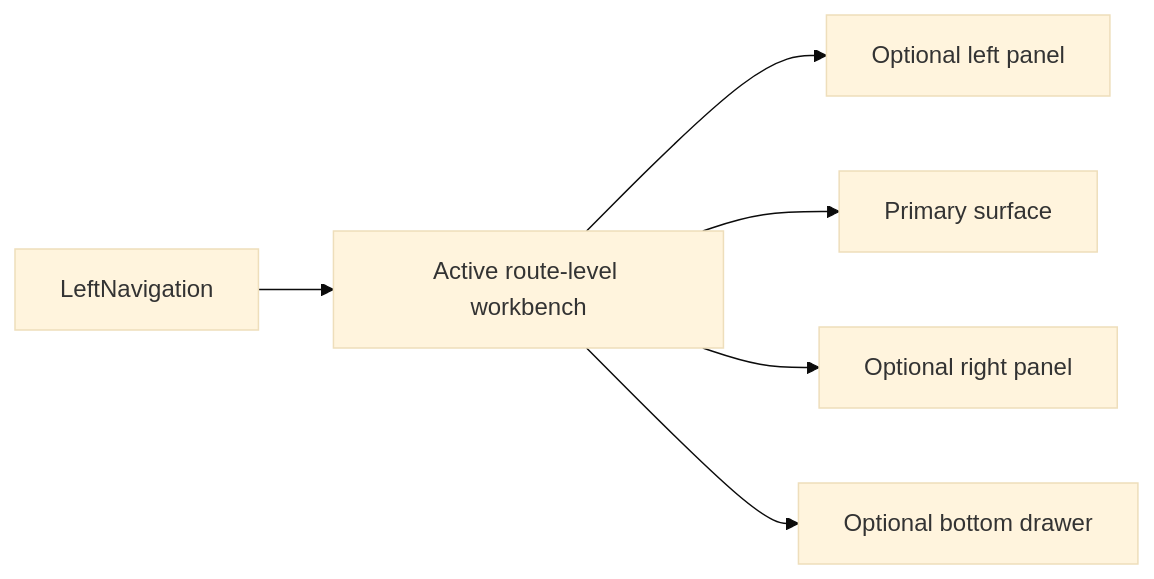
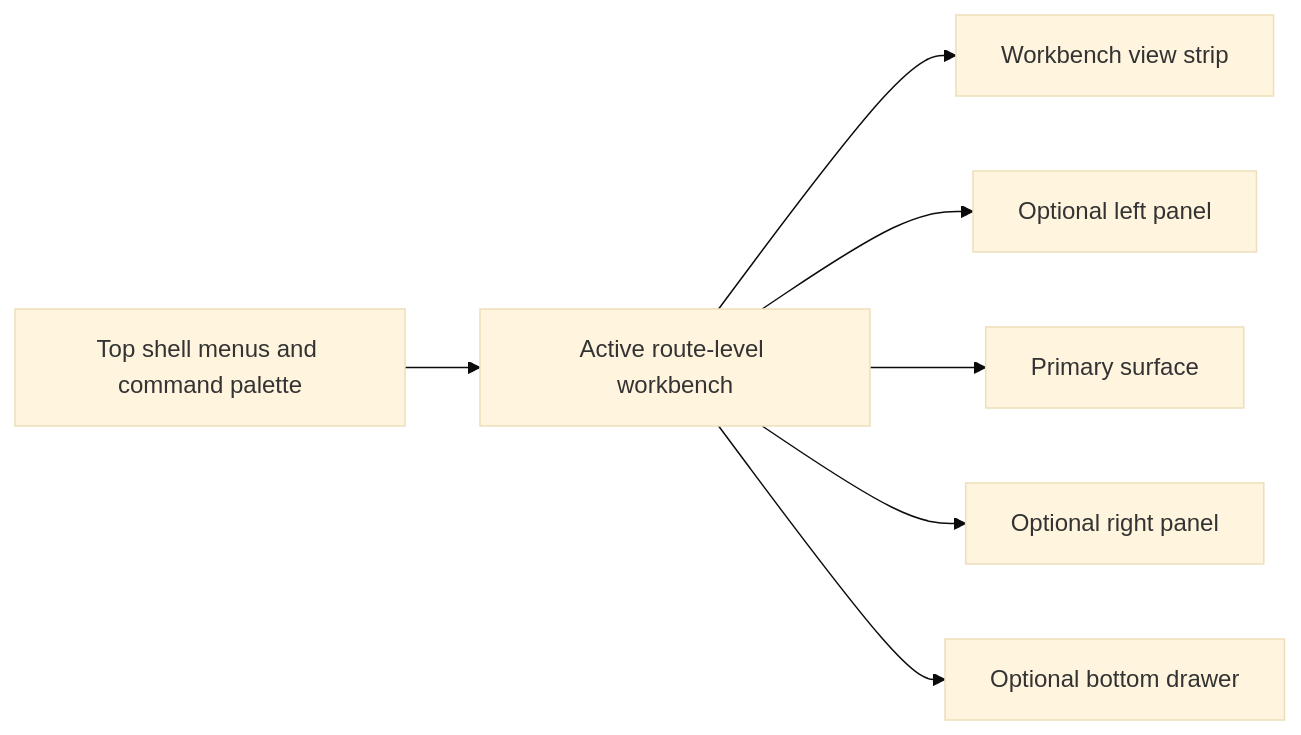
One commit to dunay2/dvt changed the diagram in docs/architecture/components/web/ux-implementation-guide.md. Above: the diagram before and after it, drawn with Mermaid (base theme). The commit also changed other lines of this file and 15 other files, not shown here.

Commit message:
docs(docs): Align Canvas workbench UX route

````diff
--- a/docs/architecture/components/web/ux-implementation-guide.md
+++ b/docs/architecture/components/web/ux-implementation-guide.md
@@ -72,8 +75,9 @@
 ```mermaid
 flowchart LR
-  Nav["LeftNavigation"] --> Workbench["Active route-level workbench"]
+  Shell["Top shell menus and command palette"] --> Workbench["Active route-level workbench"]
+  Workbench --> Strip["Workbench view strip"]
   Workbench --> LeftPanel["Optional left panel"]
   Workbench --> Center["Primary surface"]
   Workbench --> RightPanel["Optional right panel"]
   Workbench --> Bottom["Optional bottom drawer"]
 ```
````
